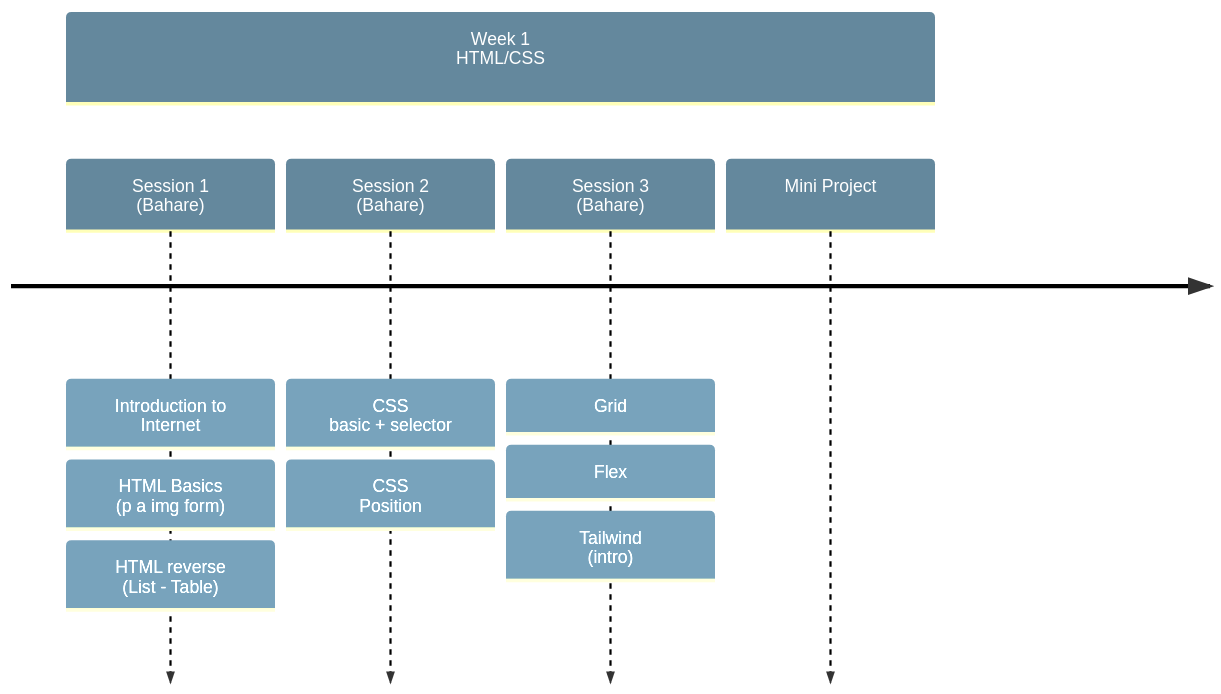
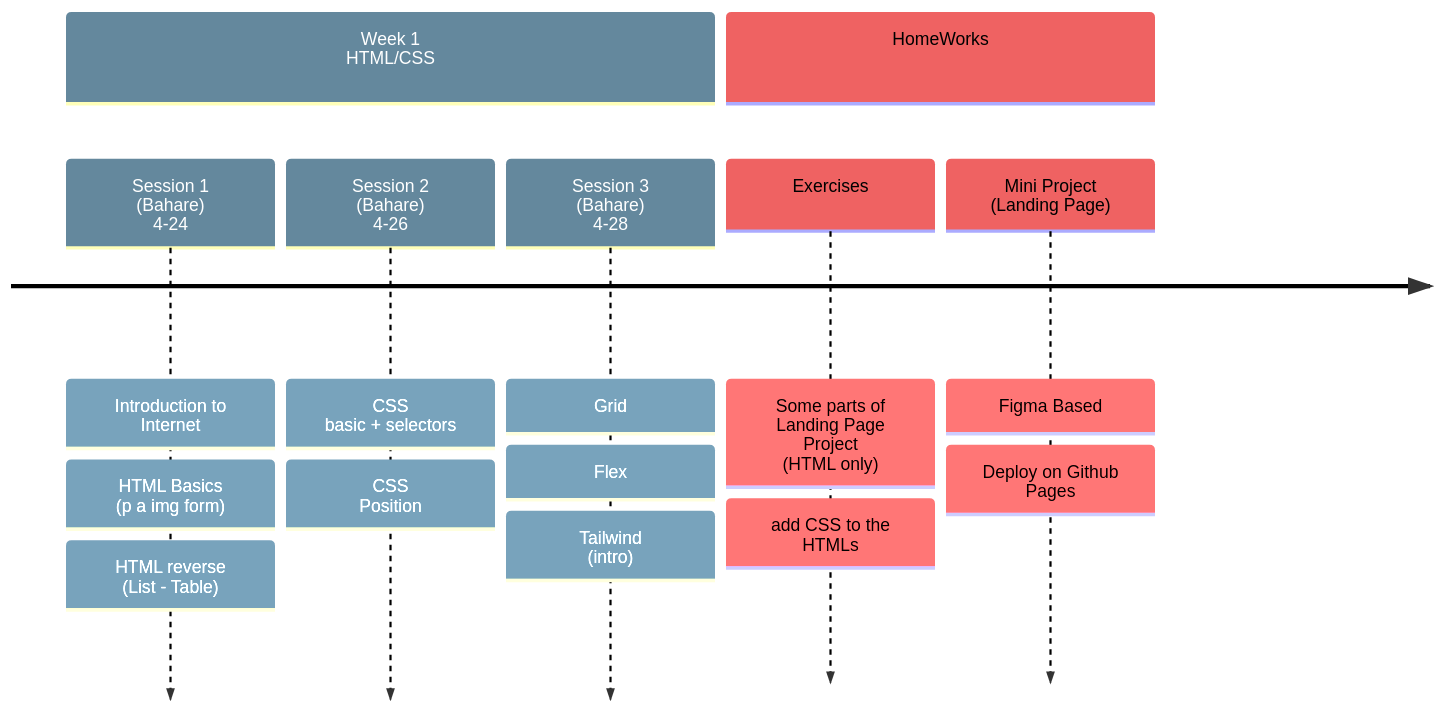
The first of 7 diagrams in README.md (aryansabet/FrontendBootcamp), drawn with Mermaid before and after one commit. The commit also changed other lines of this file, not shown here.

````diff
--- a/README.md
+++ b/README.md
@@ -3,28 +2,35 @@
 ```mermaid
 %%{init: { 'logLevel': 'debug', 'theme': 'default' , 'themeVariables': {
               'cScale0': '#64889D',
-              'cScale1': '#557C93',
+              'cScale1': '#EF6262',
               'cScale2': '#42657E',
               'cScale3': '#1C3754',
               'cScale4': '#42657E',
               'cScale5': '#557C93',
               'cScale6': '#1C3754',
               'cScale7': '#64889D'
        }  } }%%
 timeline
     section Week 1 <br> HTML/CSS
-        Session 1 <br> (Bahare)
+        Session 1 <br> (Bahare) <br> 4-24
             : Introduction to Internet 
             : HTML Basics<br> (p a img form)
             : HTML reverse <br> (List - Table)
-        Session 2 <br> (Bahare)
-            : CSS <br> basic + selector
+        Session 2 <br> (Bahare) <br> 4-26
+            : CSS <br> basic + selectors
             : CSS <br> Position
 
-        Session 3 <br> (Bahare)
+        Session 3 <br> (Bahare) <br> 4-28
             : Grid
             : Flex
             : Tailwind <br> (intro)
-            
-        Mini Project
+    section HomeWorks 
+        Exercises
+            : Some parts of Landing Page Project  <br>(HTML only)
+            : add CSS to the HTMLs
+        Mini Project <br>(Landing Page)
+            : Figma Based
+            : Deploy on Github Pages
+
+
 ```
````
